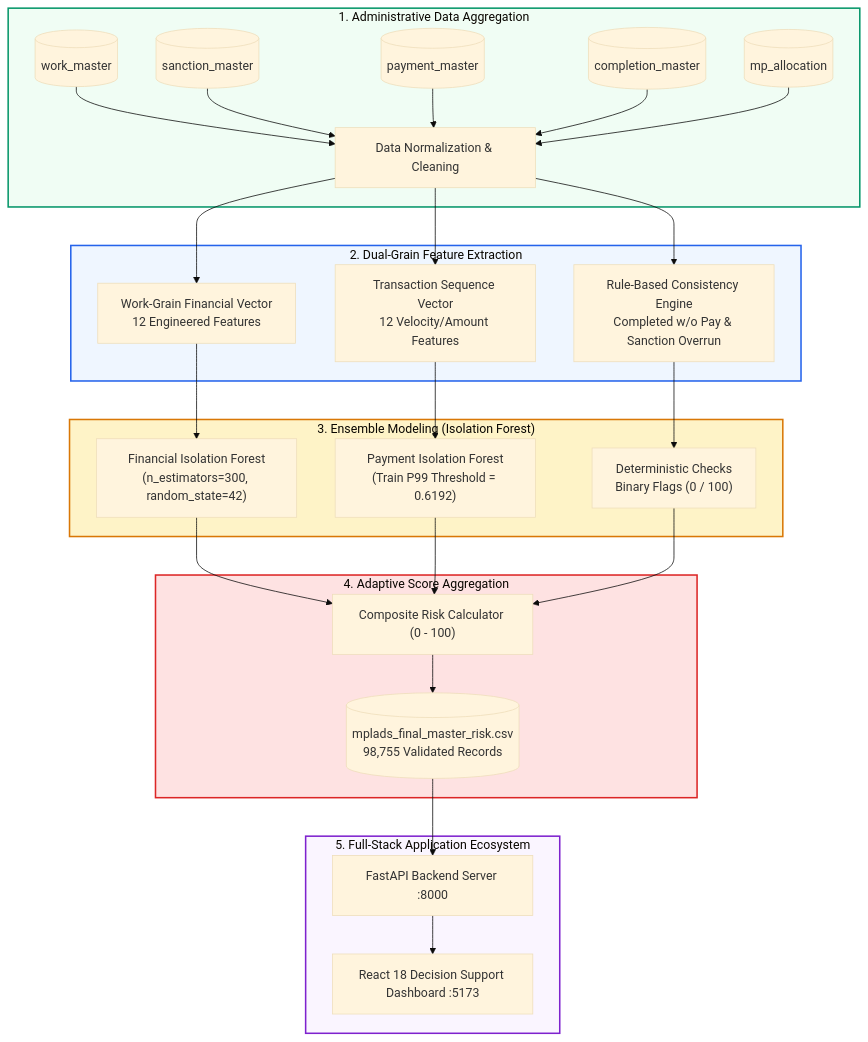
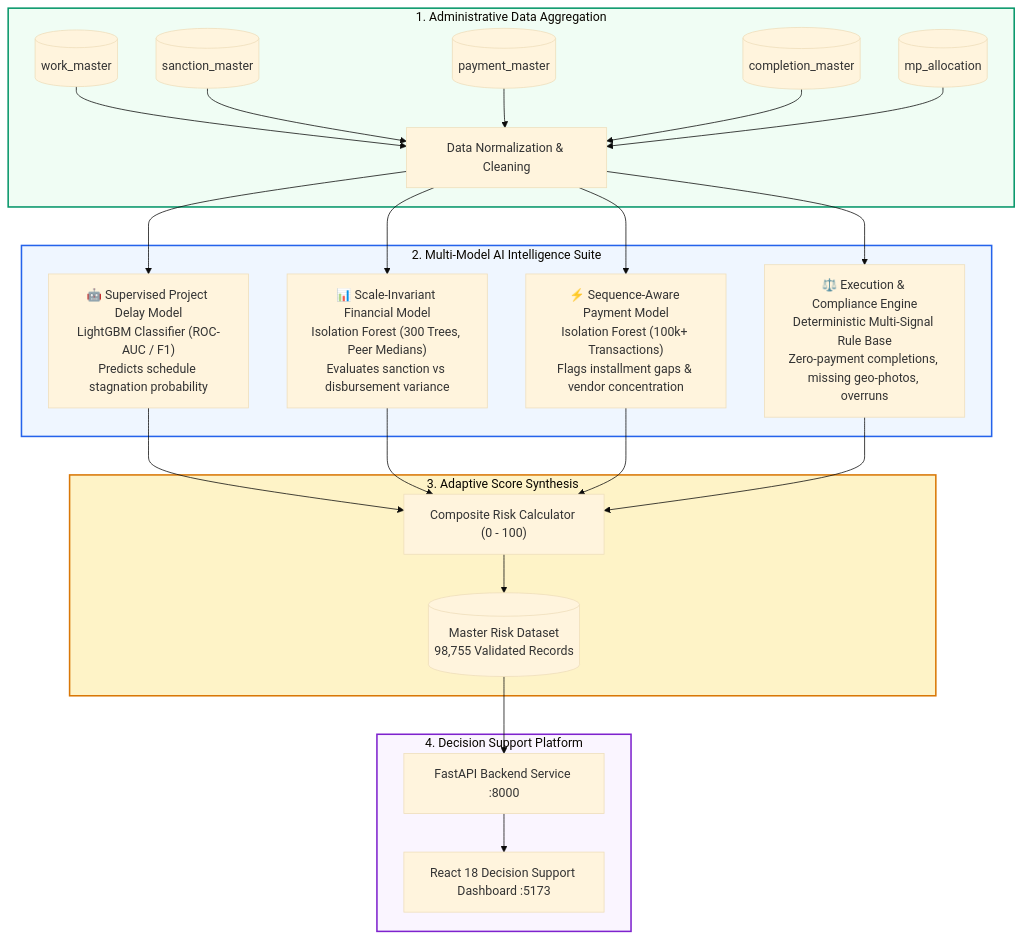
Before and after one commit to SSH26-TT/MPLADS-AI-Anomaly-Monitoring: the diagram in README.md, drawn with Mermaid (base theme). The commit also changed other lines of this file, not shown here.

Commit message:
docs: clean directory tree, update multi-model AI suite with LightGBM and clean classification tables

````diff
--- a/README.md
+++ b/README.md
@@ -132,40 +135,35 @@
 ```mermaid
 flowchart TD
     subgraph DataIngestion["1. Administrative Data Aggregation"]
         A1[(work_master)] --> B[Data Normalization & Cleaning]
         A2[(sanction_master)] --> B
         A3[(payment_master)] --> B
         A4[(completion_master)] --> B
         A5[(mp_allocation)] --> B
     end
 
-    subgraph FeaturePipeline["2. Dual-Grain Feature Extraction"]
-        B --> C1[Work-Grain Financial Vector\n12 Engineered Features]
-        B --> C2[Transaction Sequence Vector\n12 Velocity/Amount Features]
-        B --> C3[Rule-Based Consistency Engine\nCompleted w/o Pay & Sanction Overrun]
+    subgraph MultiModelEngines["2. Multi-Model AI Intelligence Suite"]
+        B --> M1["🤖 Supervised Project Delay Model\nLightGBM Classifier (ROC-AUC / F1)\nPredicts schedule stagnation probability"]
+        B --> M2["📊 Scale-Invariant Financial Model\nIsolation Forest (300 Trees, Peer Medians)\nEvaluates sanction vs disbursement variance"]
+        B --> M3["⚡ Sequence-Aware Payment Model\nIsolation Forest (100k+ Transactions)\nFlags installment gaps & vendor concentration"]
+        B --> M4["⚖️ Execution & Compliance Engine\nDeterministic Multi-Signal Rule Base\nZero-payment completions, missing geo-photos, overruns"]
     end
 
-    subgraph MLEngines["3. Ensemble Modeling (Isolation Forest)"]
-        C1 --> D1["Financial Isolation Forest\n(n_estimators=300, random_state=42)"]
-        C2 --> D2["Payment Isolation Forest\n(Train P99 Threshold = 0.6192)"]
-        C3 --> D3["Deterministic Checks\nBinary Flags (0 / 100)"]
+    subgraph ScoreSynthesis["3. Adaptive Score Synthesis"]
+        M1 --> S["Composite Risk Calculator (0 - 100)"]
+        M2 --> S
+        M3 --> S
+        M4 --> S
+        S --> DB[("Master Risk Dataset\n98,755 Validated Records")]
     end
 
-    subgraph ScoreSynthesis["4. Adaptive Score Aggregation"]
-        D1 --> E["Composite Risk Calculator (0 - 100)"]
-        D2 --> E
-        D3 --> E
-        E --> F[("mplads_final_master_risk.csv\n98,755 Validated Records")]
-    end
-
-    subgraph ServingLayer["5. Full-Stack Application Ecosystem"]
-        F --> G[FastAPI Backend Server :8000]
-        G --> H[React 18 Decision Support Dashboard :5173]
+    subgraph ServingLayer["4. Decision Support Platform"]
+        DB --> API[FastAPI Backend Service :8000]
+        API --> UI[React 18 Decision Support Dashboard :5173]
     end
 
     style DataIngestion fill:#F0FDF4,stroke:#059669,stroke-width:2px;
-    style FeaturePipeline fill:#EFF6FF,stroke:#2563EB,stroke-width:2px;
-    style MLEngines fill:#FEF3C7,stroke:#D97706,stroke-width:2px;
-    style ScoreSynthesis fill:#FEE2E2,stroke:#DC2626,stroke-width:2px;
+    style MultiModelEngines fill:#EFF6FF,stroke:#2563EB,stroke-width:2px;
+    style ScoreSynthesis fill:#FEF3C7,stroke:#D97706,stroke-width:2px;
     style ServingLayer fill:#FAF5FF,stroke:#7E22CE,stroke-width:2px;
 ```
````
